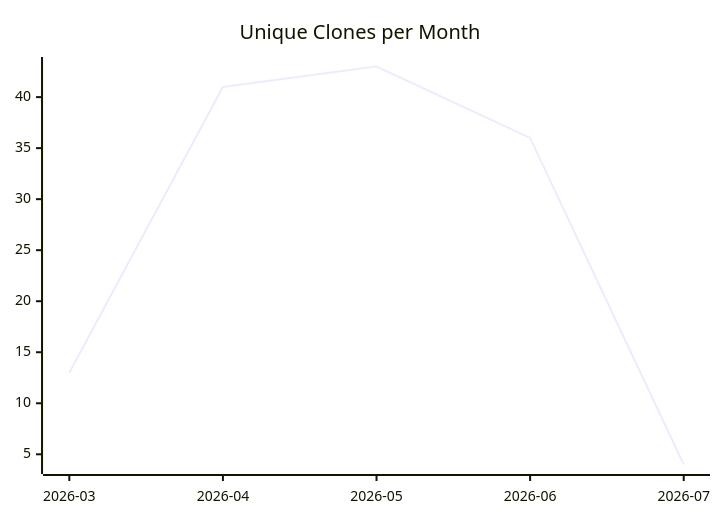
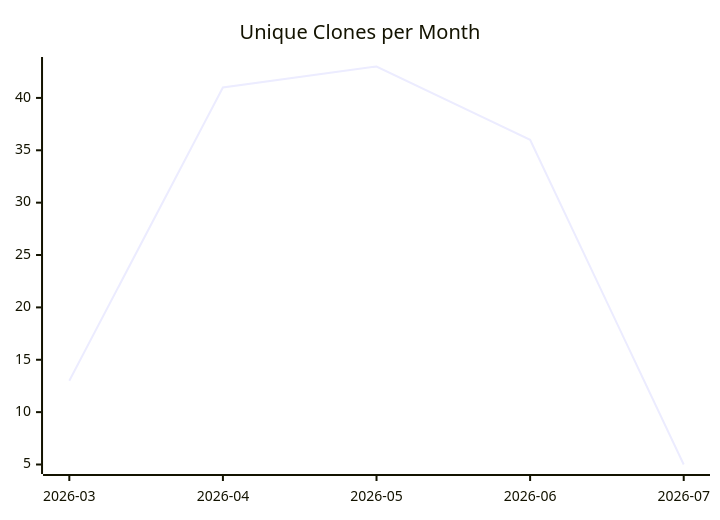
One commit to justdavis-family/github-analytics-data changed the third of 3 diagrams in karlmdavis/usgs-water-api-java/README.md. Above: the diagram before and after it, drawn with Mermaid. The commit also changed other lines of this file and 188 other files, not shown here.

````diff
--- a/karlmdavis/usgs-water-api-java/README.md
+++ b/karlmdavis/usgs-water-api-java/README.md
@@ -19,6 +19,6 @@
 ```mermaid
 xychart-beta
   title "Unique Clones per Month"
   x-axis ["2026-03", "2026-04", "2026-05", "2026-06", "2026-07"]
-  line [13, 41, 43, 36, 4]
+  line [13, 41, 43, 36, 5]
 ```
````
